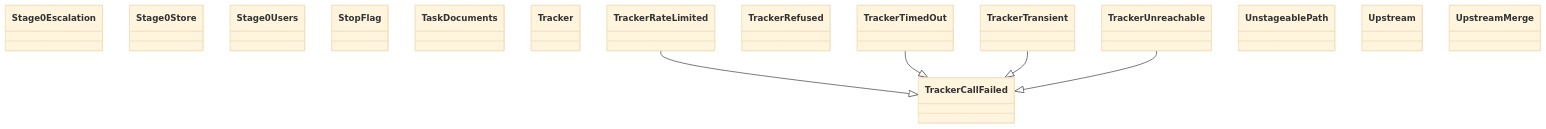
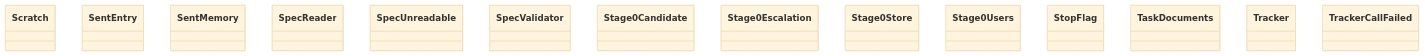
Before and after one commit to GonzaloZevallos/agentic-system: the diagram in docs/architecture/generated/classes-process-application-support-6.md, drawn with Mermaid (base theme). The commit also changed other lines of this file and 22 other files, not shown here.

Commit message:
Place the lesson decision module in the docs clusters and regenerate the architecture pages

````diff
--- a/docs/architecture/generated/classes-process-application-support-6.md
+++ b/docs/architecture/generated/classes-process-application-support-6.md
@@ -19,22 +20,17 @@
 ```mermaid
 classDiagram
+    class ports__Scratch["Scratch"]
+    class ports__SentEntry["SentEntry"]
+    class ports__SentMemory["SentMemory"]
+    class ports__SpecReader["SpecReader"]
+    class ports__SpecUnreadable["SpecUnreadable"]
+    class ports__SpecValidator["SpecValidator"]
+    class ports__Stage0Candidate["Stage0Candidate"]
     class ports__Stage0Escalation["Stage0Escalation"]
     class ports__Stage0Store["Stage0Store"]
     class ports__Stage0Users["Stage0Users"]
     class ports__StopFlag["StopFlag"]
     class ports__TaskDocuments["TaskDocuments"]
     class ports__Tracker["Tracker"]
     class ports__TrackerCallFailed["TrackerCallFailed"]
-    class ports__TrackerRateLimited["TrackerRateLimited"]
-    class ports__TrackerRefused["TrackerRefused"]
-    class ports__TrackerTimedOut["TrackerTimedOut"]
-    class ports__TrackerTransient["TrackerTransient"]
-    class ports__TrackerUnreachable["TrackerUnreachable"]
-    class ports__UnstageablePath["UnstageablePath"]
-    class ports__Upstream["Upstream"]
-    class ports__UpstreamMerge["UpstreamMerge"]
-    ports__TrackerRateLimited --|> ports__TrackerCallFailed
-    ports__TrackerTimedOut --|> ports__TrackerCallFailed
-    ports__TrackerTransient --|> ports__TrackerCallFailed
-    ports__TrackerUnreachable --|> ports__TrackerCallFailed
 ```
````
